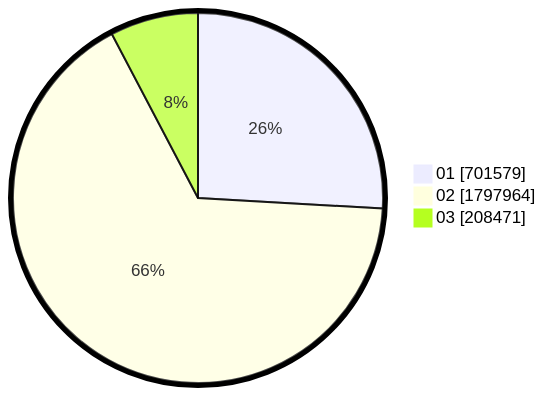
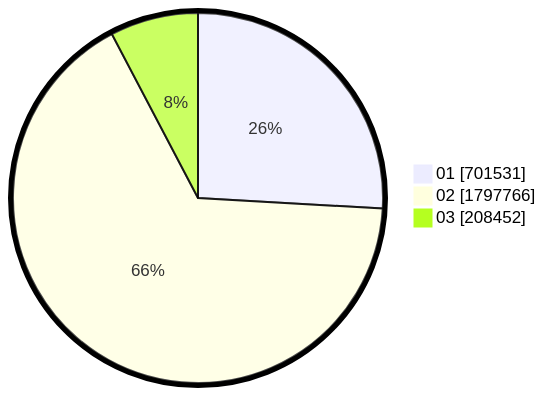
The second of 2 diagrams in pilpres/hitung-suara/sub/table-wilayah-52.md (gigit-pemilu/pemilu-2024), drawn with Mermaid before and after one commit. The commit also changed other lines of this file and 8 other files, not shown here.

````diff
--- a/pilpres/hitung-suara/sub/table-wilayah-52.md
+++ b/pilpres/hitung-suara/sub/table-wilayah-52.md
@@ -15,7 +15,7 @@
 ```mermaid
 %%{init: {"pie": {"textPosition": 0.5}, "themeVariables": {"pieOuterStrokeWidth": "5px"}} }%%
 pie showData
-    "01" : 701579
-    "02" : 1797964
-    "03" : 208471
+    "01" : 701531
+    "02" : 1797766
+    "03" : 208452
 ```
````
